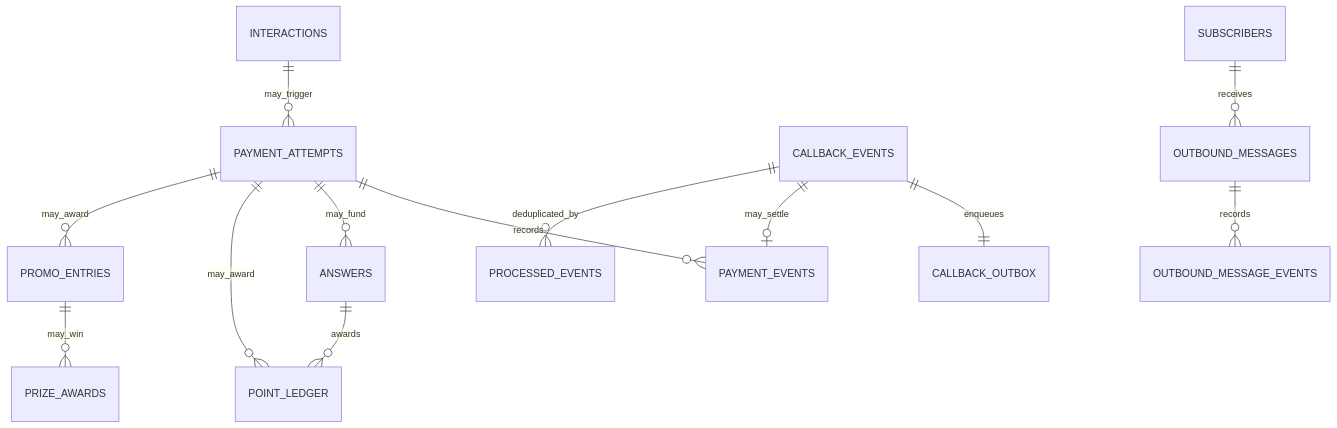
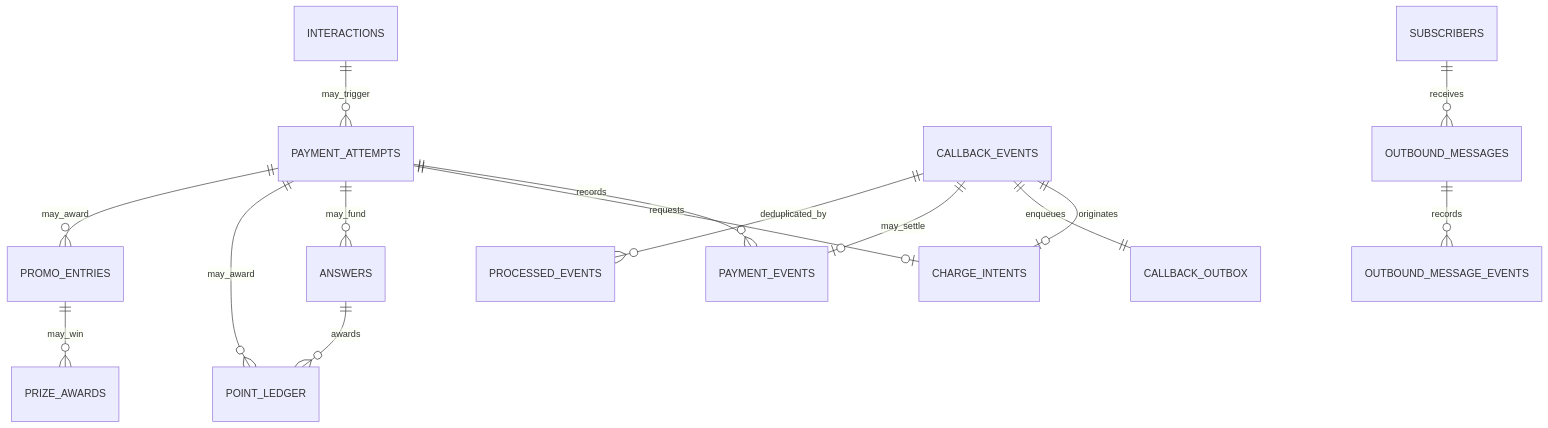
Before and after one commit to EMA-GREEN/YAS-SOKA-ISHIKISTAA-MEGAPROMO: the second of 2 diagrams in docs/schema.md, drawn with Mermaid. The commit also changed other lines of this file and 14 other files, not shown here.

````diff
--- a/docs/schema.md
+++ b/docs/schema.md
@@ -25,15 +25,17 @@
 ```mermaid
 erDiagram
   INTERACTIONS ||--o{ PAYMENT_ATTEMPTS : may_trigger
   PAYMENT_ATTEMPTS ||--o{ PAYMENT_EVENTS : records
+  PAYMENT_ATTEMPTS ||--o| CHARGE_INTENTS : requests
+  CALLBACK_EVENTS ||--o| CHARGE_INTENTS : originates
   CALLBACK_EVENTS ||--|| CALLBACK_OUTBOX : enqueues
   CALLBACK_EVENTS ||--o| PAYMENT_EVENTS : may_settle
   CALLBACK_EVENTS ||--o{ PROCESSED_EVENTS : deduplicated_by
   PAYMENT_ATTEMPTS ||--o{ ANSWERS : may_fund
   ANSWERS ||--o{ POINT_LEDGER : awards
   PAYMENT_ATTEMPTS ||--o{ POINT_LEDGER : may_award
   PAYMENT_ATTEMPTS ||--o{ PROMO_ENTRIES : may_award
   PROMO_ENTRIES ||--o{ PRIZE_AWARDS : may_win
   SUBSCRIBERS ||--o{ OUTBOUND_MESSAGES : receives
   OUTBOUND_MESSAGES ||--o{ OUTBOUND_MESSAGE_EVENTS : records
 ```
````
